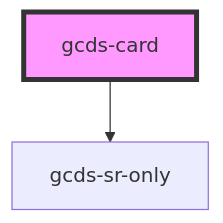
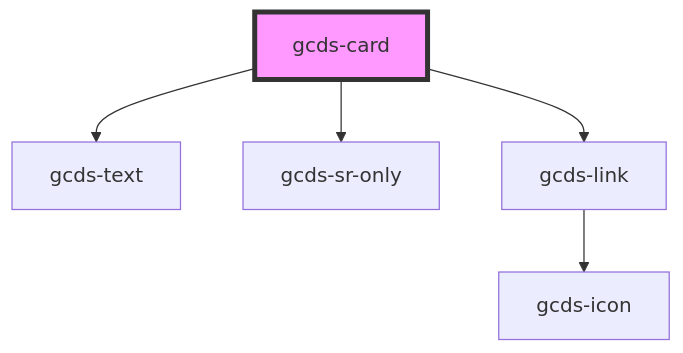
Before and after one commit to cds-snc/gcds-components: the diagram in packages/web/src/components/gcds-card/readme.md, drawn with Mermaid. The commit also changed other lines of this file and 159 other files, not shown here.

````diff
--- a/packages/web/src/components/gcds-card/readme.md
+++ b/packages/web/src/components/gcds-card/readme.md
@@ -29,5 +29,8 @@
 ```mermaid
 graph TD;
+  gcds-card --> gcds-text
   gcds-card --> gcds-sr-only
+  gcds-card --> gcds-link
+  gcds-link --> gcds-icon
   style gcds-card fill:#f9f,stroke:#333,stroke-width:4px
 ```
````
